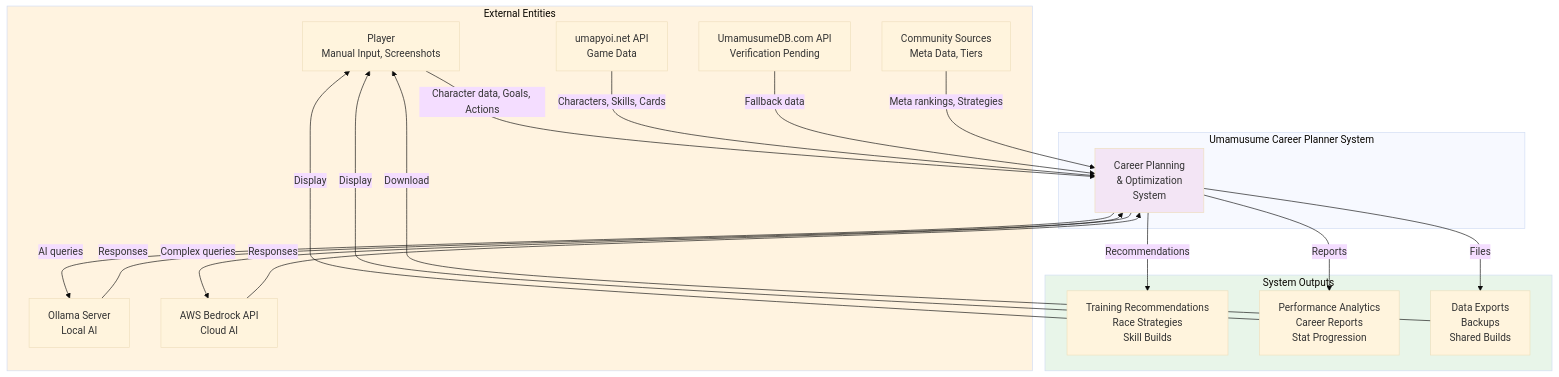
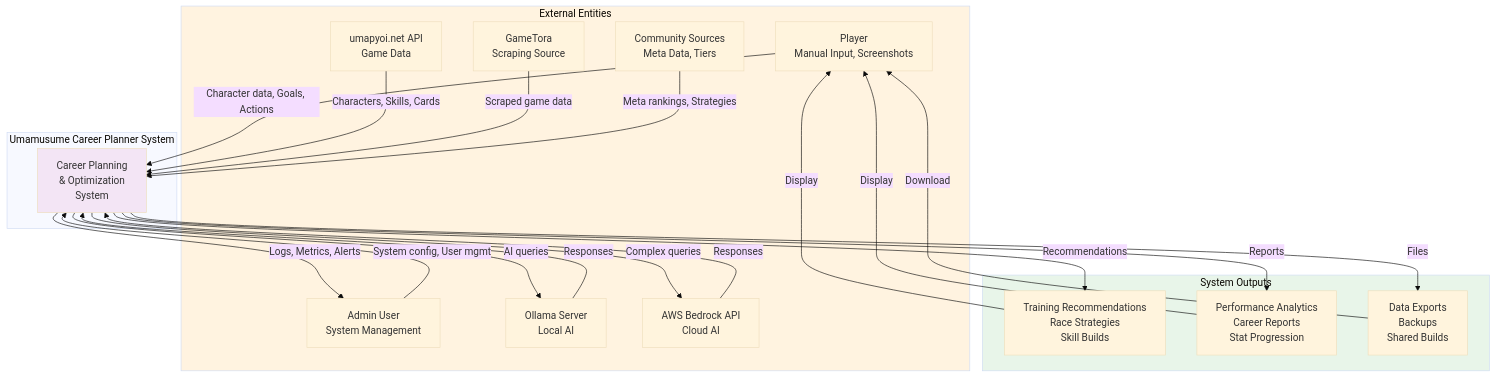
The second of 11 diagrams in docs/01-diagrams/data-flow-diagram.md (exatfrds67/umamusume-career-planner), drawn with Mermaid (base theme) before and after one commit. The commit also changed other lines of this file and 111 other files, not shown here.

````diff
--- a/docs/01-diagrams/data-flow-diagram.md
+++ b/docs/01-diagrams/data-flow-diagram.md
@@ -72,43 +73,46 @@
 ```mermaid
 flowchart TB
     subgraph External[External Entities]
         Player[Player<br/>Manual Input, Screenshots]
+        Admin[Admin User<br/>System Management]
         UmapyoiAPI[umapyoi.net API<br/>Game Data]
-        UmamusumeDBAPI[UmamusumeDB.com API<br/>Verification Pending]
+        GameToraAPI[GameTora<br/>Scraping Source]
         Community[Community Sources<br/>Meta Data, Tiers]
         OllamaServer[Ollama Server<br/>Local AI]
         BedrockAPI[AWS Bedrock API<br/>Cloud AI]
     end
     
     subgraph System[Umamusume Career Planner System]
         Core[Career Planning<br/>& Optimization<br/>System]
     end
     
     subgraph Outputs[System Outputs]
         Recommendations[Training Recommendations<br/>Race Strategies<br/>Skill Builds]
         Analytics[Performance Analytics<br/>Career Reports<br/>Stat Progression]
         Exports[Data Exports<br/>Backups<br/>Shared Builds]
     end
     
     Player -->|Character data, Goals, Actions| Core
+    Admin -->|System config, User mgmt| Core
     UmapyoiAPI -->|Characters, Skills, Cards| Core
-    UmamusumeDBAPI -->|Fallback data| Core
+    GameToraAPI -->|Scraped game data| Core
     Community -->|Meta rankings, Strategies| Core
     
     Core -->|AI queries| OllamaServer
     Core -->|Complex queries| BedrockAPI
     OllamaServer -->|Responses| Core
     BedrockAPI -->|Responses| Core
     
     Core -->|Recommendations| Recommendations
     Core -->|Reports| Analytics
     Core -->|Files| Exports
     
     Recommendations -->|Display| Player
     Analytics -->|Display| Player
     Exports -->|Download| Player
+    Core -->|Logs, Metrics, Alerts| Admin
     
     style Core fill:#f3e5f5
     style External fill:#fff3e0
     style Outputs fill:#e8f5e9
 ```
````
